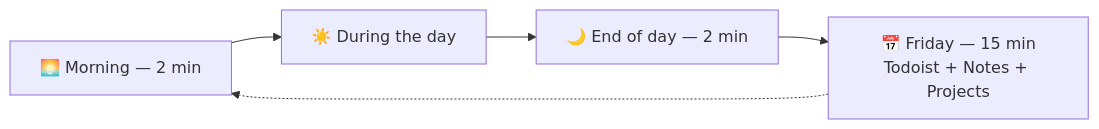
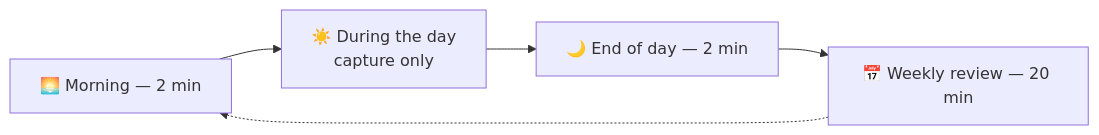
One commit to dcop7/tips_and_guides changed diagram 13 of 13 in workflow/personal-productivity-system.md. Above: the diagram before and after it, drawn with Mermaid. The commit also changed other lines of this file, not shown here.

````diff
--- a/workflow/personal-productivity-system.md
+++ b/workflow/personal-productivity-system.md
@@ -1132,5 +1256,5 @@
 ```mermaid
 flowchart LR
-    M["🌅 Morning — 2 min"] --> D["☀️ During the day"] --> E["🌙 End of day — 2 min"] --> F["📅 Friday — 15 min<br/>Todoist + Notes + Projects"]
+    M["🌅 Morning — 2 min"] --> D["☀️ During the day<br/>capture only"] --> E["🌙 End of day — 2 min"] --> F["📅 Weekly review — 20 min"]
     F -.-> M
 ```
````
